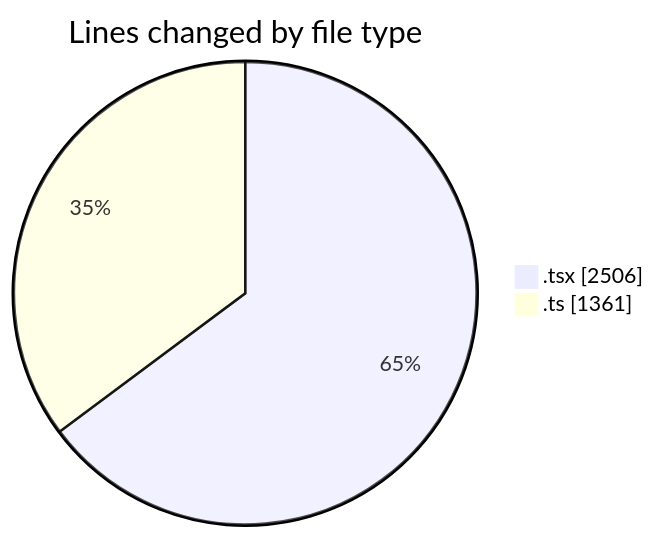
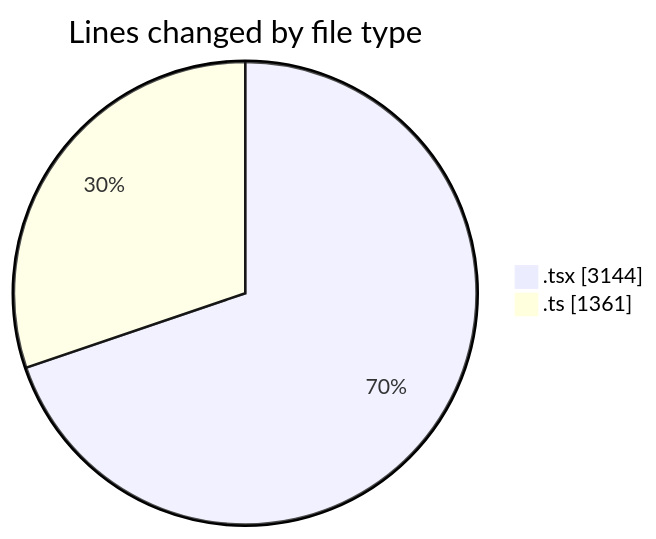
One commit to nxtqubesakshisongat/code-tracking changed the first of 2 diagrams in 2026-03-06/nxtqube_webapp/README.md. Above: the diagram before and after it, drawn with Mermaid. The commit also changed other lines of this file and 1 other file, not shown here.

````diff
--- a/2026-03-06/nxtqube_webapp/README.md
+++ b/2026-03-06/nxtqube_webapp/README.md
@@ -29,6 +30,6 @@
 ```mermaid
 pie showData
 title Lines changed by file type
-".tsx" : 2506
+".tsx" : 3144
 ".ts" : 1361
 ```
````
